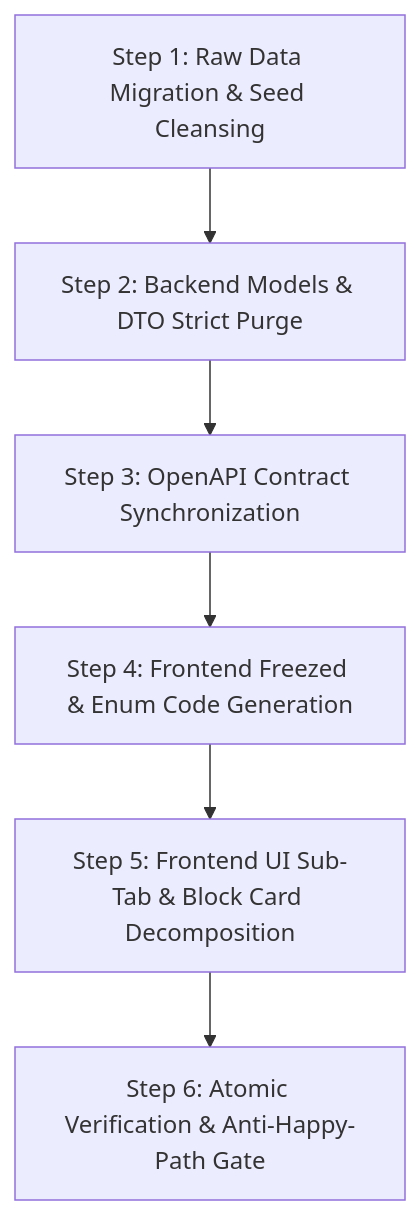
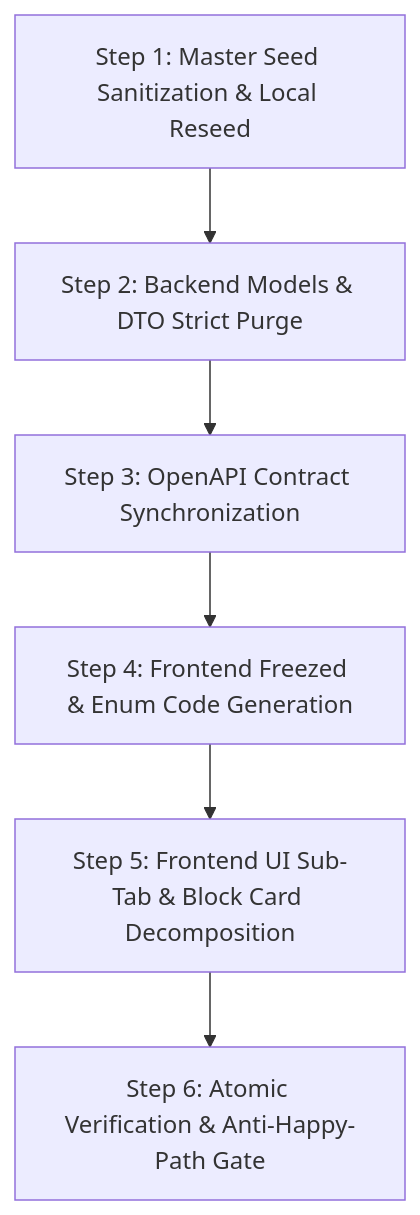
One commit to launis/quorum changed the second of 2 diagrams in docs/epic/EPIC_144_Output_Profile_Studio_UI_Modernization.md. Above: the diagram before and after it, drawn with Mermaid. The commit also changed other lines of this file, not shown here.

````diff
--- a/docs/epic/EPIC_144_Output_Profile_Studio_UI_Modernization.md
+++ b/docs/epic/EPIC_144_Output_Profile_Studio_UI_Modernization.md
@@ -193,8 +229,8 @@
 ```mermaid
 graph TD
-    Step1["Step 1: Raw Data Migration & Seed Cleansing"] --> Step2["Step 2: Backend Models & DTO Strict Purge"]
+    Step1["Step 1: Master Seed Sanitization & Local Reseed"] --> Step2["Step 2: Backend Models & DTO Strict Purge"]
     Step2 --> Step3["Step 3: OpenAPI Contract Synchronization"]
     Step3 --> Step4["Step 4: Frontend Freezed & Enum Code Generation"]
     Step4 --> Step5["Step 5: Frontend UI Sub-Tab & Block Card Decomposition"]
     Step5 --> Step6["Step 6: Atomic Verification & Anti-Happy-Path Gate"]
 ```
````
